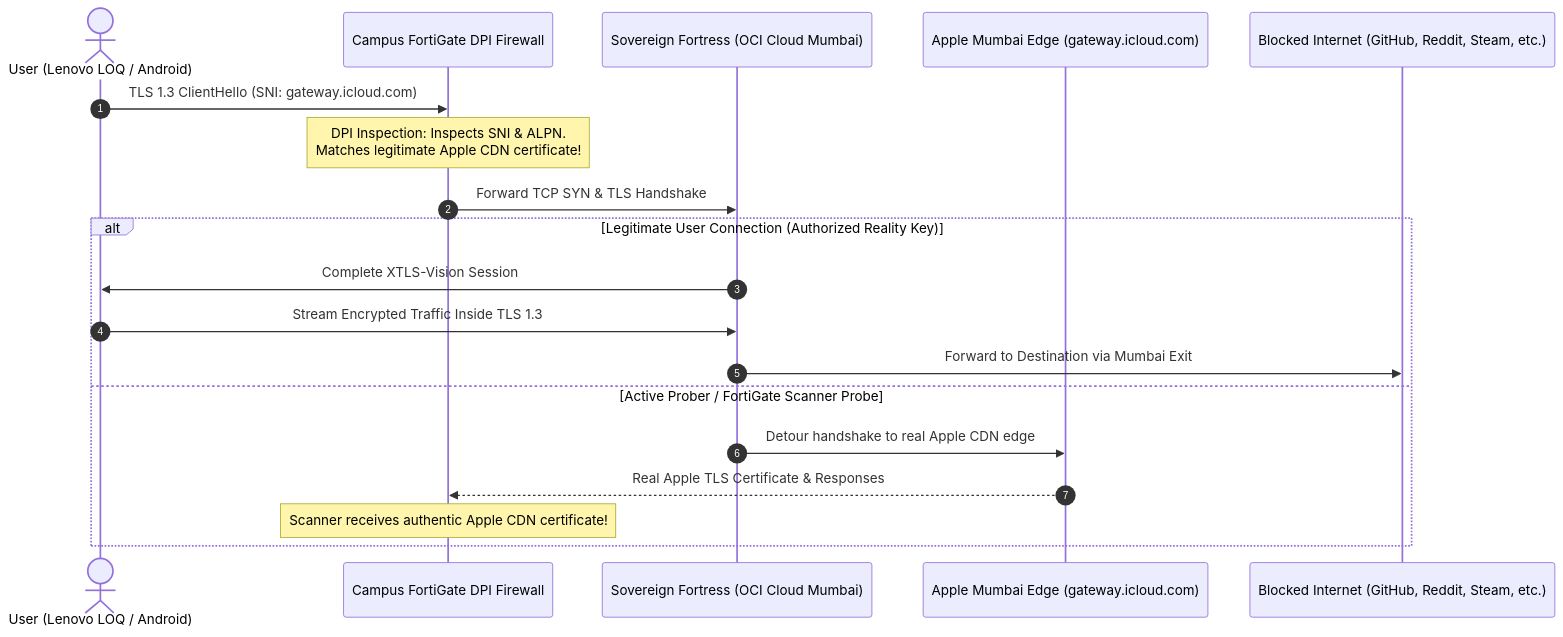
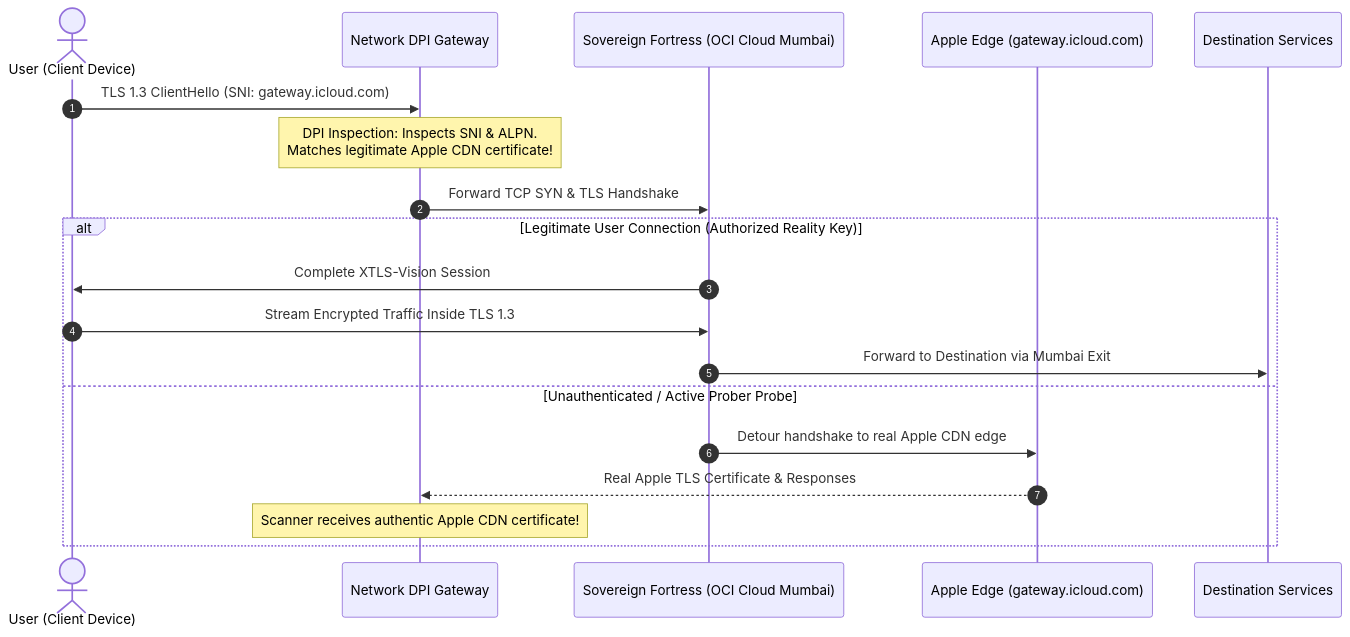
Before and after one commit to harsh593-boop/sovereign-fortress: the third of 3 diagrams in README.md, drawn with Mermaid. The commit also changed other lines of this file and 2 other files, not shown here.

````diff
--- a/README.md
+++ b/README.md
@@ -96,22 +96,22 @@
 ```mermaid
 sequenceDiagram
     autonumber
-    actor User as User (Lenovo LOQ / Android)
-    participant FortiGate as Campus FortiGate DPI Firewall
+    actor User as User (Client Device)
+    participant Gateway as Network DPI Gateway
     participant Fortress as Sovereign Fortress (OCI Cloud Mumbai)
-    participant Apple as Apple Mumbai Edge (gateway.icloud.com)
-    participant Target as Blocked Internet (GitHub, Reddit, Steam, etc.)
+    participant Apple as Apple Edge (gateway.icloud.com)
+    participant Target as Destination Services
 
-    User->>FortiGate: TLS 1.3 ClientHello (SNI: gateway.icloud.com)
-    Note over FortiGate: DPI Inspection: Inspects SNI & ALPN.<br/>Matches legitimate Apple CDN certificate!
-    FortiGate->>Fortress: Forward TCP SYN & TLS Handshake
+    User->>Gateway: TLS 1.3 ClientHello (SNI: gateway.icloud.com)
+    Note over Gateway: DPI Inspection: Inspects SNI & ALPN.<br/>Matches legitimate Apple CDN certificate!
+    Gateway->>Fortress: Forward TCP SYN & TLS Handshake
     alt Legitimate User Connection (Authorized Reality Key)
         Fortress->>User: Complete XTLS-Vision Session
         User->>Fortress: Stream Encrypted Traffic Inside TLS 1.3
         Fortress->>Target: Forward to Destination via Mumbai Exit
-    else Active Prober / FortiGate Scanner Probe
+    else Unauthenticated / Active Prober Probe
         Fortress->>Apple: Detour handshake to real Apple CDN edge
-        Apple-->>FortiGate: Real Apple TLS Certificate & Responses
-        Note over FortiGate: Scanner receives authentic Apple CDN certificate!
+        Apple-->>Gateway: Real Apple TLS Certificate & Responses
+        Note over Gateway: Scanner receives authentic Apple CDN certificate!
     end
 ```
````
